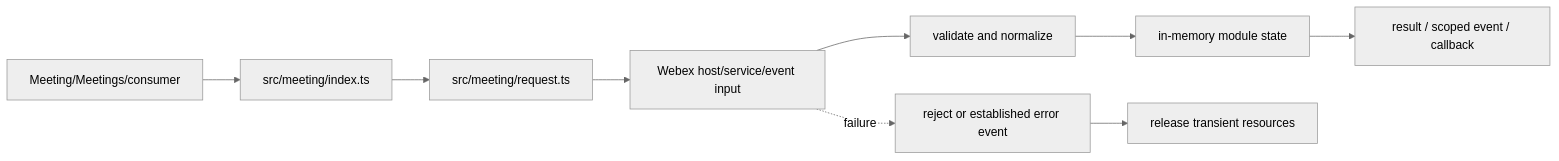
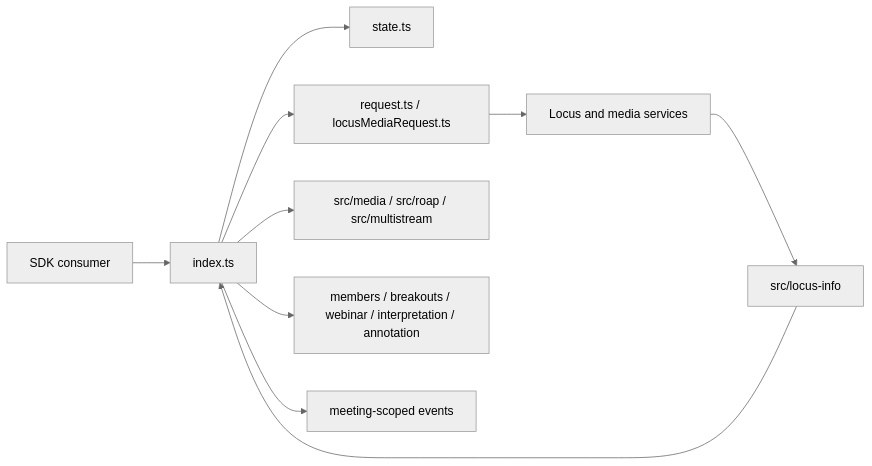
Before and after one commit to webex/webex-js-sdk: the first of 5 diagrams in packages/@webex/plugin-meetings/src/meeting/ai-docs/meeting-spec.md, drawn with Mermaid (neutral theme). The commit also changed other lines of this file and 26 other files, not shown here.

````diff
--- a/packages/@webex/plugin-meetings/src/meeting/ai-docs/meeting-spec.md
+++ b/packages/@webex/plugin-meetings/src/meeting/ai-docs/meeting-spec.md
@@ -102,11 +121,12 @@
 ```mermaid
 flowchart LR
-  Caller[Meeting/Meetings/consumer] --> Entry[src/meeting/index.ts]
-  Entry --> Support[src/meeting/request.ts]
-  Support --> Remote[Webex host/service/event input]
-  Remote --> Normalize[validate and normalize]
-  Normalize --> State[in-memory module state]
-  State --> Output[result / scoped event / callback]
-  Remote -. failure .-> Error[reject or established error event]
-  Error --> Cleanup[release transient resources]
+  Consumer[SDK consumer] --> Meeting[index.ts]
+  Meeting --> FSM[state.ts]
+  Meeting --> Request[request.ts / locusMediaRequest.ts]
+  Request --> Locus[Locus and media services]
+  Locus --> LocusInfo[src/locus-info]
+  LocusInfo --> Meeting
+  Meeting --> Media[src/media / src/roap / src/multistream]
+  Meeting --> Features[members / breakouts / webinar / interpretation / annotation]
+  Meeting --> Events[meeting-scoped events]
 ```
````
